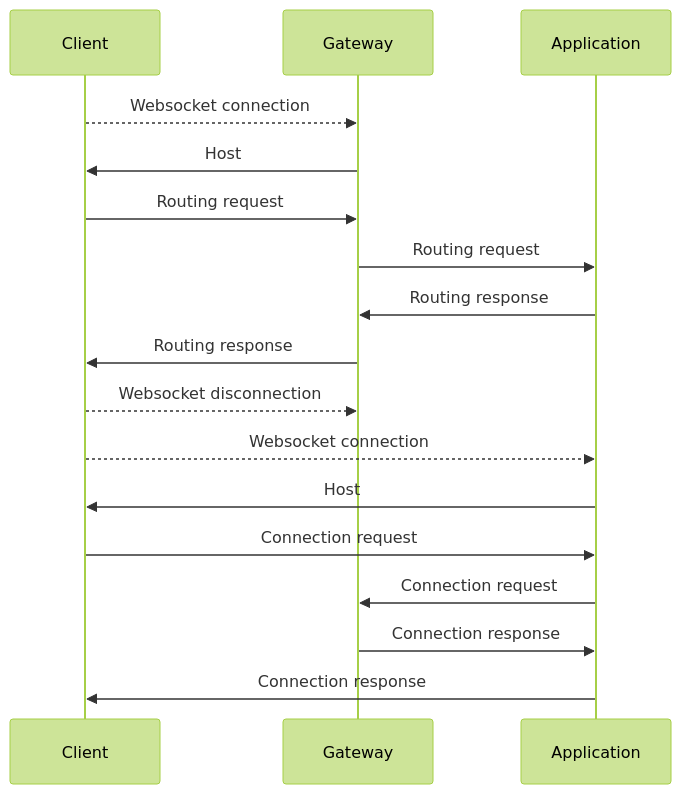
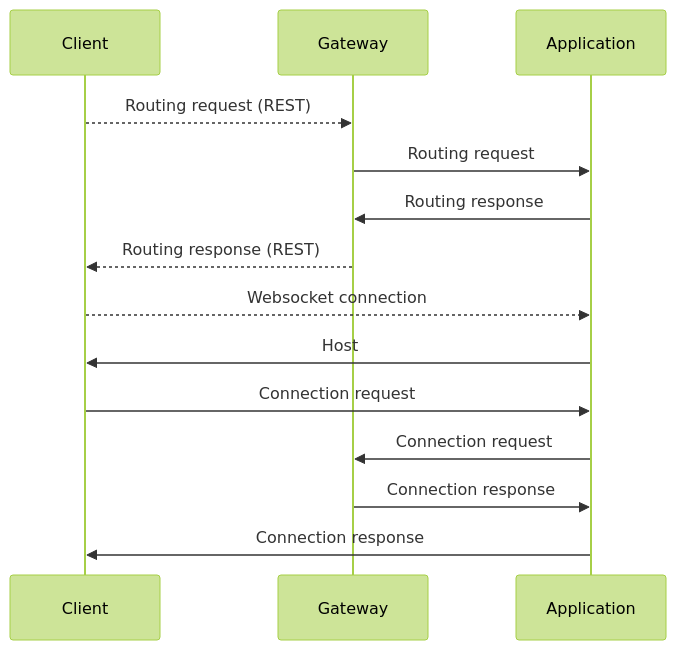
Before and after one commit to ErFer7/WebChat: the second of 9 diagrams in documentation/Protocol.md, drawn with Mermaid (forest theme). The commit also changed other lines of this file and 1 other file, not shown here.

````diff
--- a/documentation/Protocol.md
+++ b/documentation/Protocol.md
@@ -126,16 +126,13 @@
 ```mermaid
 sequenceDiagram
-    Client -->> Gateway: Websocket connection
-    Gateway ->> Client: Host
-    Client ->> Gateway: Routing request
+    Client -->> Gateway: Routing request (REST)
     Gateway ->> Application: Routing request
     Application ->> Gateway: Routing response
-    Gateway ->> Client: Routing response
-    Client -->> Gateway: Websocket disconnection
+    Gateway -->> Client: Routing response (REST)
     Client -->> Application: Websocket connection
     Application ->> Client: Host
     Client ->> Application: Connection request
     Application ->> Gateway: Connection request
     Gateway ->> Application: Connection response
     Application ->> Client: Connection response
 ```
````
